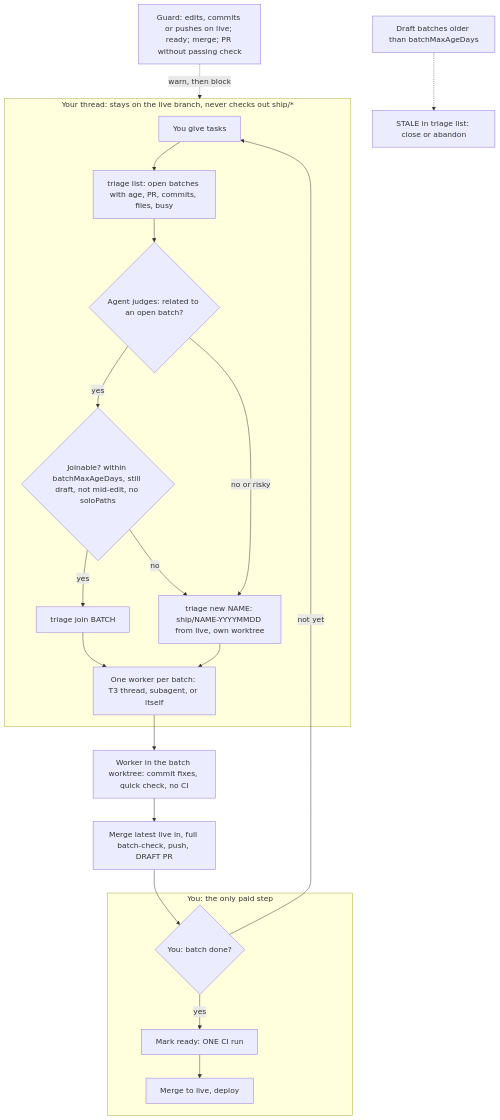
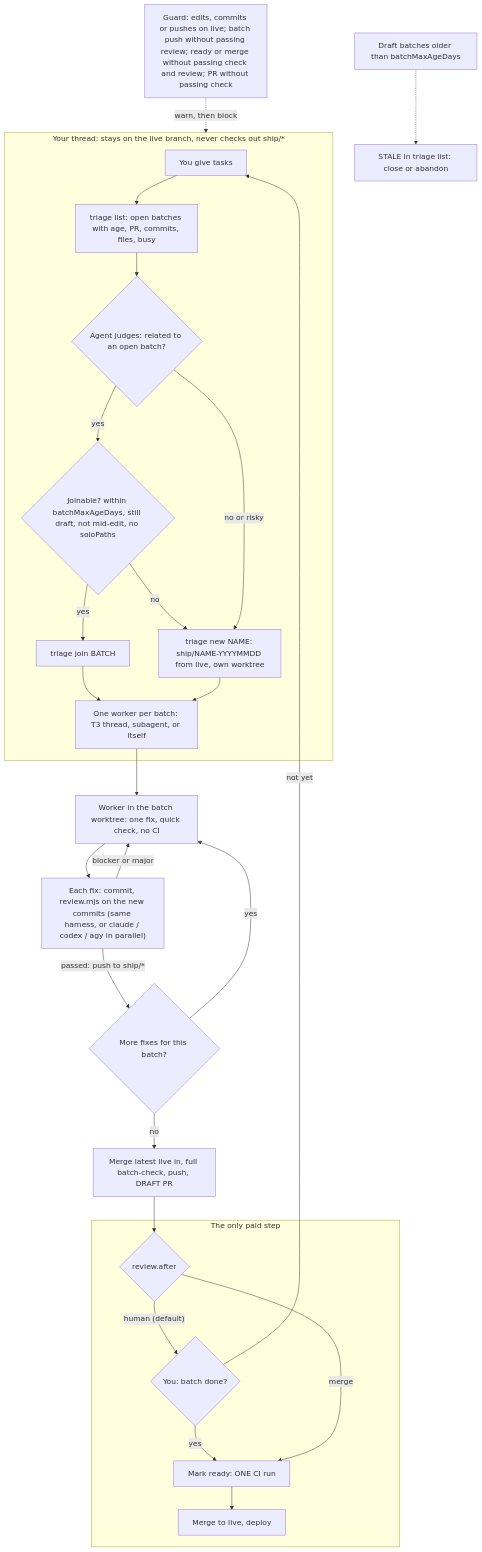
The diagram in README.md (klovr-co/batchship), drawn with Mermaid before and after one commit. The commit also changed other lines of this file and 11 other files, not shown here.

First line of the commit message:
Review each fix with agents before it lands on the batch

````diff
--- a/README.md
+++ b/README.md
@@ -31,22 +31,28 @@
 ```mermaid
 flowchart TD
     subgraph HOME["Your thread: stays on the live branch, never checks out ship/*"]
         U["You give tasks"] --> L["triage list: open batches with age, PR, commits, files, busy"]
         L --> J{"Agent judges: related to an open batch?"}
         J -- "yes" --> CHK{"Joinable? within batchMaxAgeDays, still draft, not mid-edit, no soloPaths"}
         CHK -- "yes" --> JO["triage join BATCH"]
         CHK -- "no" --> NE
         J -- "no or risky" --> NE["triage new NAME: ship/NAME-YYYYMMDD from live, own worktree"]
         JO --> D["One worker per batch: T3 thread, subagent, or itself"]
         NE --> D
     end
-    D --> W["Worker in the batch worktree: commit fixes, quick check, no CI"]
-    W --> K["Merge latest live in, full batch-check, push, DRAFT PR"]
-    K --> H{"You: batch done?"}
+    D --> W["Worker in the batch worktree: one fix, quick check, no CI"]
+    W --> RV["Each fix: commit, review.mjs on the new commits (same harness, or claude / codex / agy in parallel)"]
+    RV -- "blocker or major" --> W
+    RV -- "passed: push to ship/*" --> MORE{"More fixes for this batch?"}
+    MORE -- "yes" --> W
+    MORE -- "no" --> K["Merge latest live in, full batch-check, push, DRAFT PR"]
+    K --> A{"review.after"}
+    A -- "human (default)" --> H{"You: batch done?"}
     H -- "not yet" --> U
-    subgraph YOU["You: the only paid step"]
+    subgraph YOU["The only paid step"]
         H -- "yes" --> R["Mark ready: ONE CI run"] --> M["Merge to live, deploy"]
+        A -- "merge" --> R
     end
-    G["Guard: edits, commits or pushes on live; ready; merge; PR without passing check"] -. "warn, then block" .-> HOME
+    G["Guard: edits, commits or pushes on live; batch push without passing review; ready or merge without passing check and review; PR without passing check"] -. "warn, then block" .-> HOME
     S["Draft batches older than batchMaxAgeDays"] -.-> X["STALE in triage list: close or abandon"]
 ```
````
